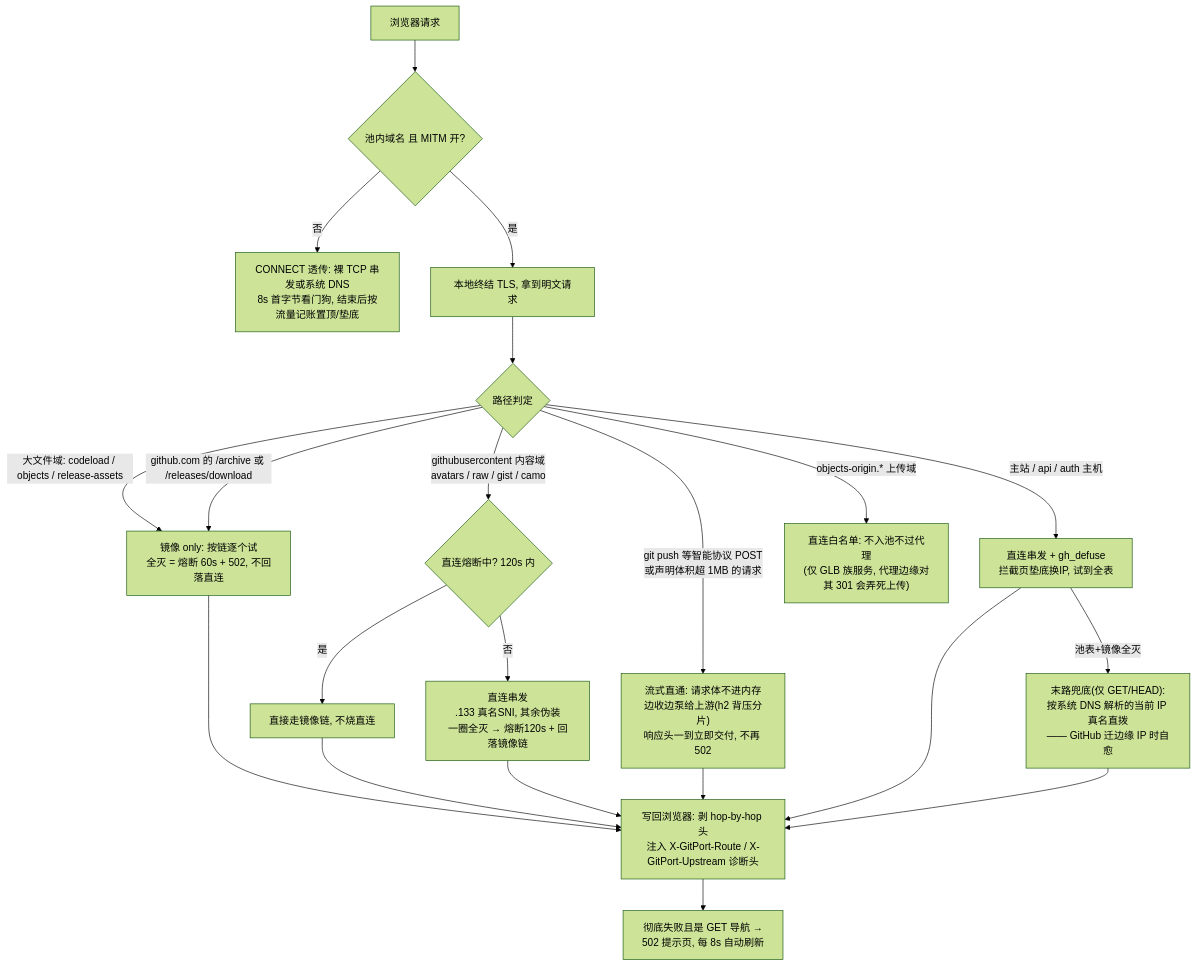
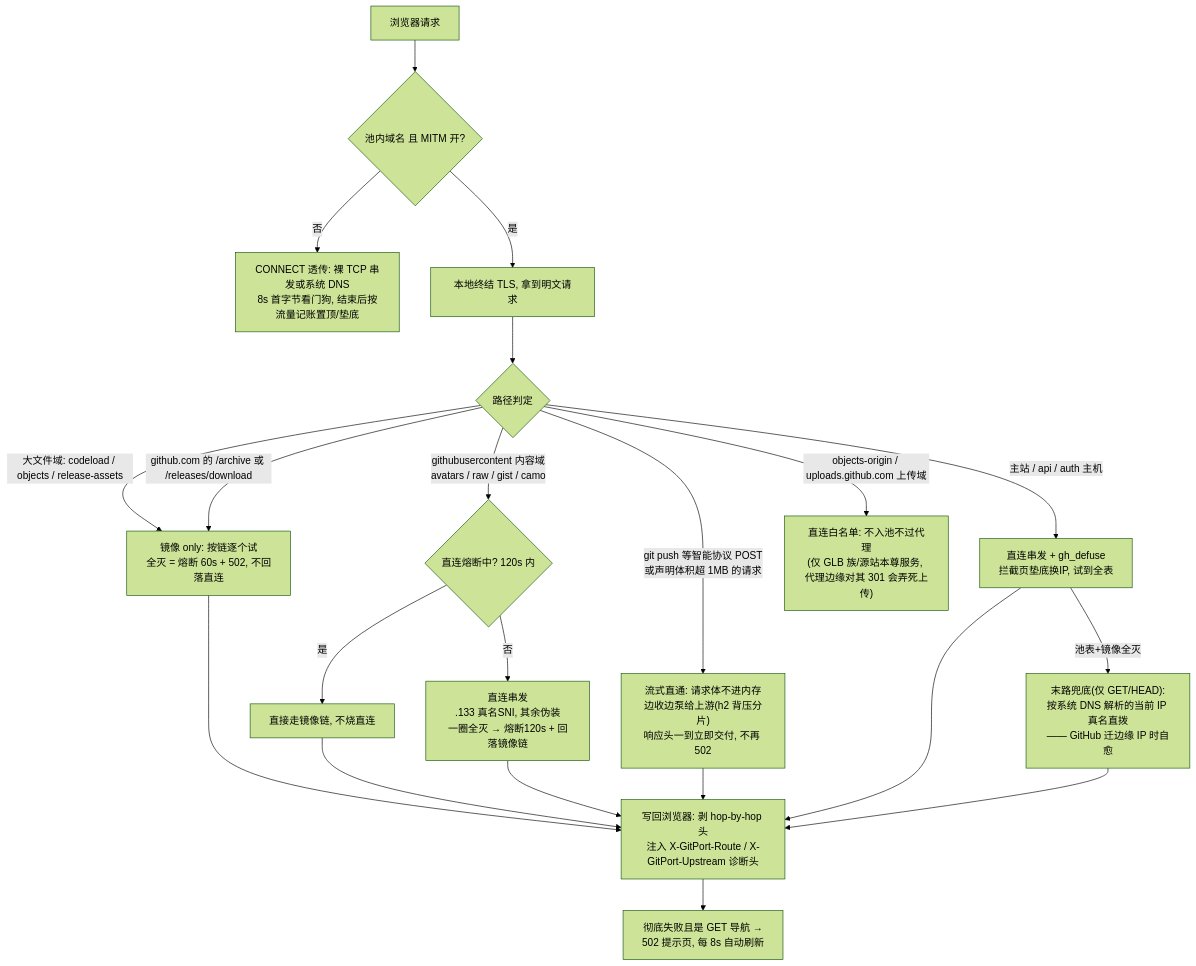
One commit to zhidian-cmd/gitport-github changed the second of 4 diagrams in README.md. Above: the diagram before and after it, drawn with Mermaid (forest theme). The commit also changed other lines of this file and 4 other files, not shown here.

First line of the commit message:
refactor: 上传域名全量直连 —— uploads.github.com 入白名单, 删除 verify_name 本名验收特例

````diff
--- a/README.md
+++ b/README.md
@@ -124,23 +123,23 @@
 ```mermaid
 flowchart TD
     A["浏览器请求"] --> B{"池内域名 且 MITM 开?"}
     B -->|"否"| Z1["CONNECT 透传: 裸 TCP 串发或系统 DNS<br/>8s 首字节看门狗, 结束后按流量记账置顶/垫底"]
     B -->|"是"| C["本地终结 TLS, 拿到明文请求"]
     C --> D{"路径判定"}
     D -->|"git push 等智能协议 POST<br/>或声明体积超 1MB 的请求"| S["流式直通: 请求体不进内存<br/>边收边泵给上游(h2 背压分片)<br/>响应头一到立即交付, 不再 502"]
     D -->|"大文件域: codeload / objects / release-assets"| E["镜像 only: 按链逐个试<br/>全灭 = 熔断 60s + 502, 不回落直连"]
     D -->|"github.com 的 /archive 或 /releases/download"| E
     D -->|"githubusercontent 内容域<br/>avatars / raw / gist / camo"| F{"直连熔断中? 120s 内"}
     F -->|"是"| E2["直接走镜像链, 不烧直连"]
     F -->|"否"| G["直连串发<br/>.133 真名SNI, 其余伪装<br/>一圈全灭 → 熔断120s + 回落镜像链"]
     D -->|"主站 / api / auth 主机"| H["直连串发 + gh_defuse<br/>拦截页垫底换IP, 试到全表"]
-    D -->|"objects-origin.* 上传域"| Z2["直连白名单: 不入池不过代理<br/>(仅 GLB 族服务, 代理边缘对其 301 会弄死上传)"]
+    D -->|"objects-origin / uploads.github.com 上传域"| Z2["直连白名单: 不入池不过代理<br/>(仅 GLB 族/源站本尊服务, 代理边缘对其 301 会弄死上传)"]
     E --> R["写回浏览器: 剥 hop-by-hop 头<br/>注入 X-GitPort-Route / X-GitPort-Upstream 诊断头"]
     E2 --> R
     G --> R
     S --> R
     H -->|"池表+镜像全灭"| Z3["末路兜底(仅 GET/HEAD):<br/>按系统 DNS 解析的当前 IP 真名直拨<br/>—— GitHub 迁边缘 IP 时自愈"]
     H --> R
     Z3 --> R
     R --> X["彻底失败且是 GET 导航 →<br/>502 提示页, 每 8s 自动刷新"]
 ```
````
